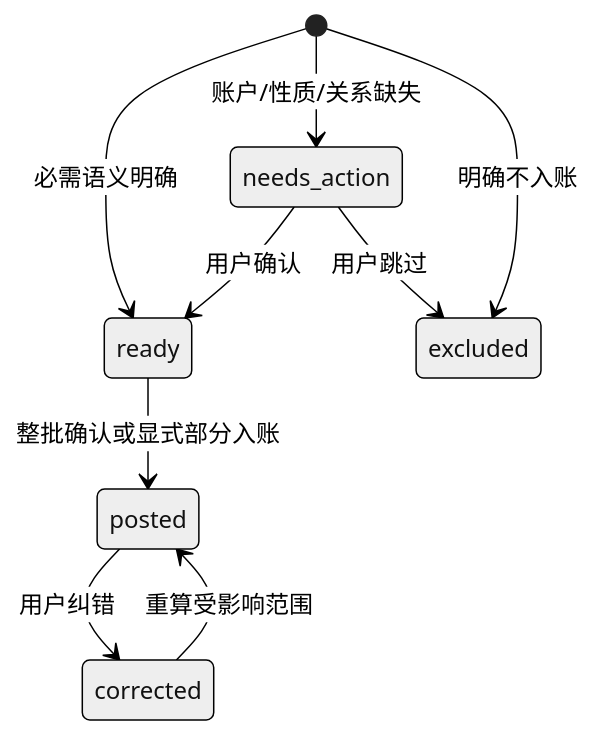
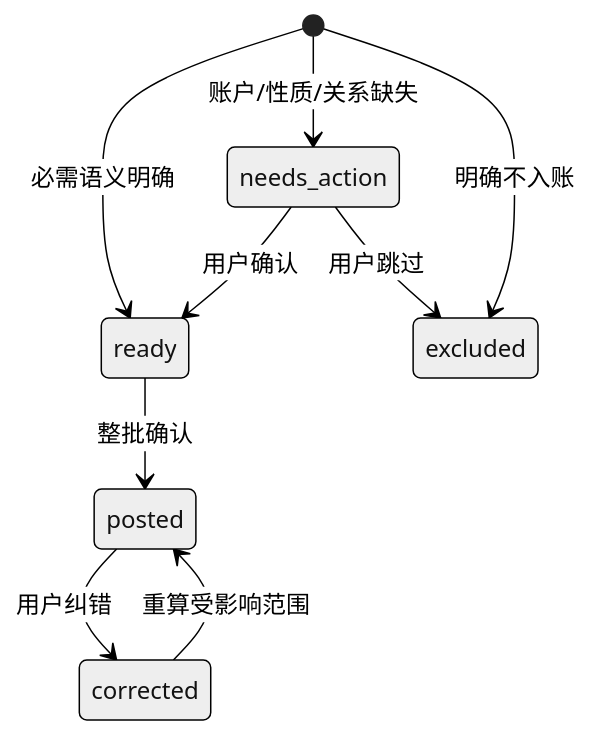
Before and after one commit to gaohongxiang/catledger: the second of 3 diagrams in docs/个人财务架构设计.md, drawn with Mermaid (neutral theme). The commit also changed other lines of this file and 76 other files, not shown here.

```diff
--- a/docs/个人财务架构设计.md
+++ b/docs/个人财务架构设计.md
@@ -100,11 +102,11 @@
 ~~~mermaid
 stateDiagram-v2
     [*] --> ready: 必需语义明确
     [*] --> needs_action: 账户/性质/关系缺失
     [*] --> excluded: 明确不入账
-    ready --> posted: 整批确认或显式部分入账
+    ready --> posted: 整批确认
     needs_action --> ready: 用户确认
     needs_action --> excluded: 用户跳过
     posted --> corrected: 用户纠错
     corrected --> posted: 重算受影响范围
 ~~~
```
